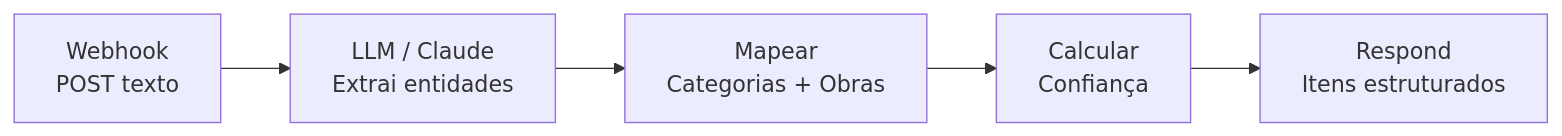
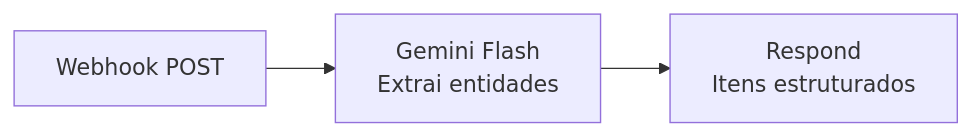
The third of 11 diagrams in docs/obsidian/10 - n8n Workflows.md (leandroteg/teg-plus), drawn with Mermaid before and after one commit. The commit also changed other lines of this file and 1 other file, not shown here.

First line of the commit message:
docs: atualizar Obsidian com schema completo e workflows n8n

````diff
--- a/docs/obsidian/10 - n8n Workflows.md
+++ b/docs/obsidian/10 - n8n Workflows.md
@@ -172,7 +192,5 @@
 ```mermaid
 flowchart LR
-    W[Webhook\nPOST texto] --> LLM[LLM / Claude\nExtrai entidades]
-    LLM --> MAP[Mapear\nCategorias + Obras]
-    MAP --> CONF[Calcular\nConfiança]
-    CONF --> R[Respond\nItens estruturados]
+    W[Webhook POST] --> LLM[Gemini Flash\nExtrai entidades]
+    LLM --> R[Respond\nItens estruturados]
 ```
````
